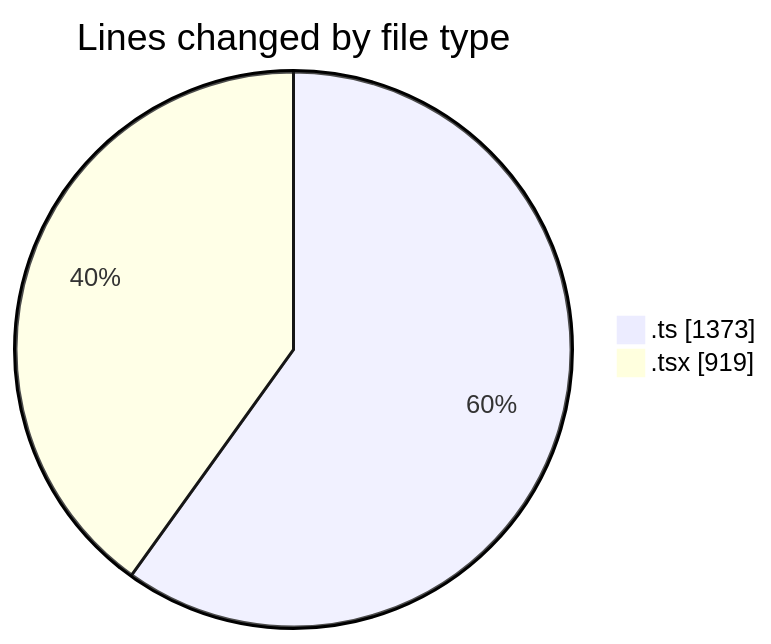
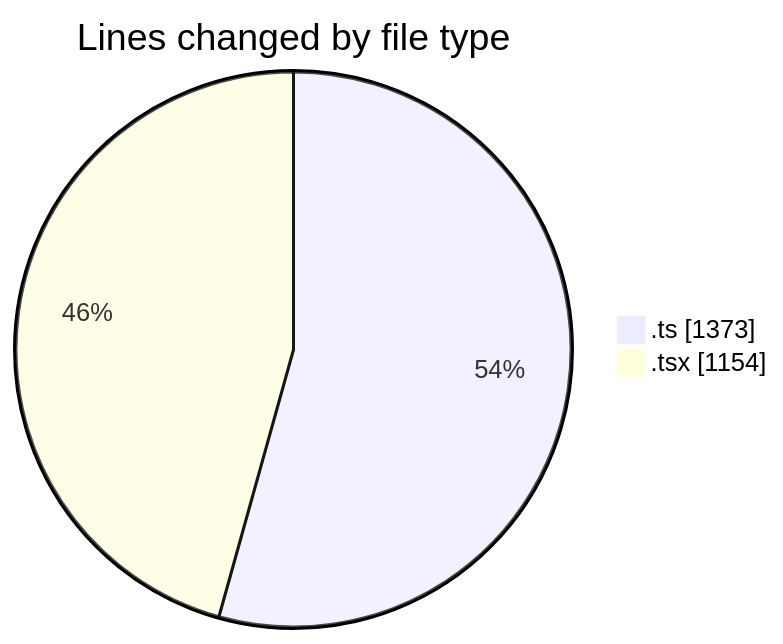
The first of 2 diagrams in 2025-10-23/eventscop-frontend-guide__workspace_/README.md (julien-gomy/code-tracking), drawn with Mermaid before and after one commit. The commit also changed other lines of this file and 1 other file, not shown here.

````diff
--- a/2025-10-23/eventscop-frontend-guide__workspace_/README.md
+++ b/2025-10-23/eventscop-frontend-guide__workspace_/README.md
@@ -29,6 +30,6 @@
 ```mermaid
 pie showData
 title Lines changed by file type
 ".ts" : 1373
-".tsx" : 919
+".tsx" : 1154
 ```
````
